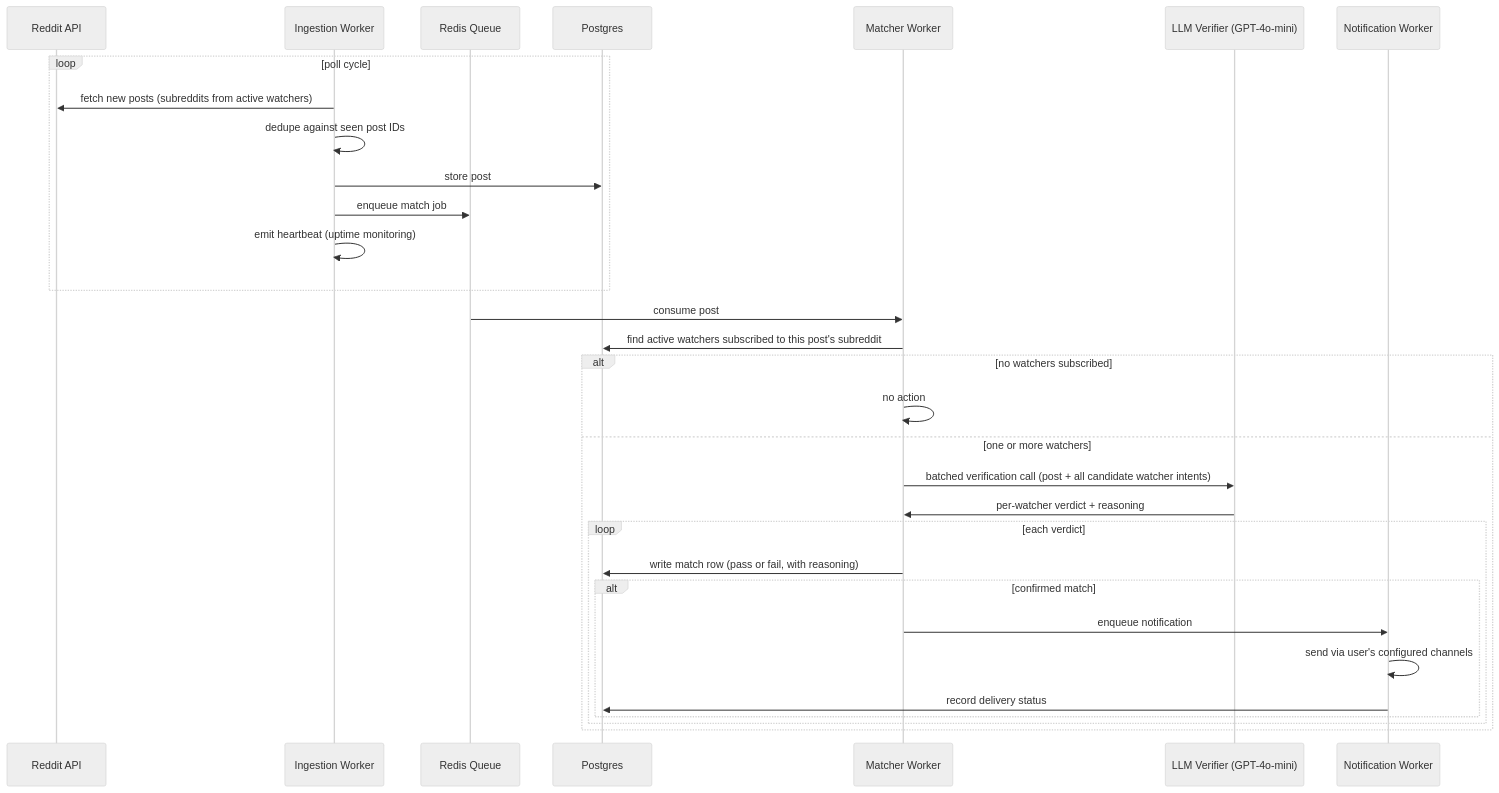
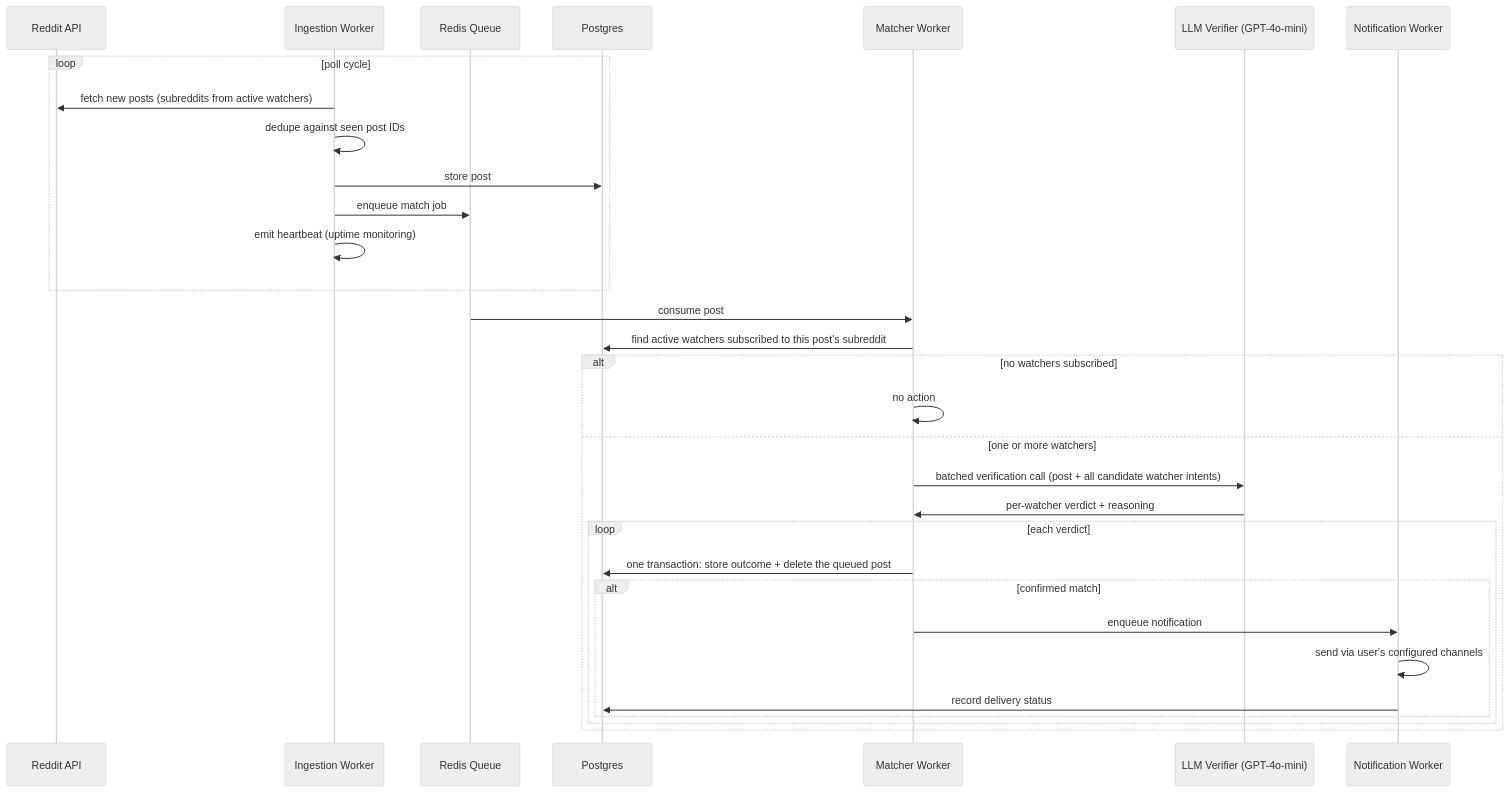
The second of 2 diagrams in docs/WORKFLOW.md (d-tech-solutions/reddit_lead), drawn with Mermaid (neutral theme) before and after one commit. The commit also changed other lines of this file and 36 other files, not shown here.

````diff
--- a/docs/WORKFLOW.md
+++ b/docs/WORKFLOW.md
@@ -37,34 +37,34 @@
 ```mermaid
 sequenceDiagram
     participant R as Reddit API
     participant I as Ingestion Worker
     participant Q as Redis Queue
     participant DB as Postgres
     participant M as Matcher Worker
     participant L as LLM Verifier (GPT-4o-mini)
     participant N as Notification Worker
 
     loop poll cycle
         I->>R: fetch new posts (subreddits from active watchers)
         I->>I: dedupe against seen post IDs
         I->>DB: store post
         I->>Q: enqueue match job
         I->>I: emit heartbeat (uptime monitoring)
     end
     Q->>M: consume post
     M->>DB: find active watchers subscribed to this post's subreddit
     alt no watchers subscribed
         M->>M: no action
     else one or more watchers
         M->>L: batched verification call (post + all candidate watcher intents)
         L->>M: per-watcher verdict + reasoning
         loop each verdict
-            M->>DB: write match row (pass or fail, with reasoning)
+            M->>DB: one transaction: store outcome + delete the queued post
             alt confirmed match
                 M->>N: enqueue notification
                 N->>N: send via user's configured channels
                 N->>DB: record delivery status
             end
         end
     end
 ```
````
